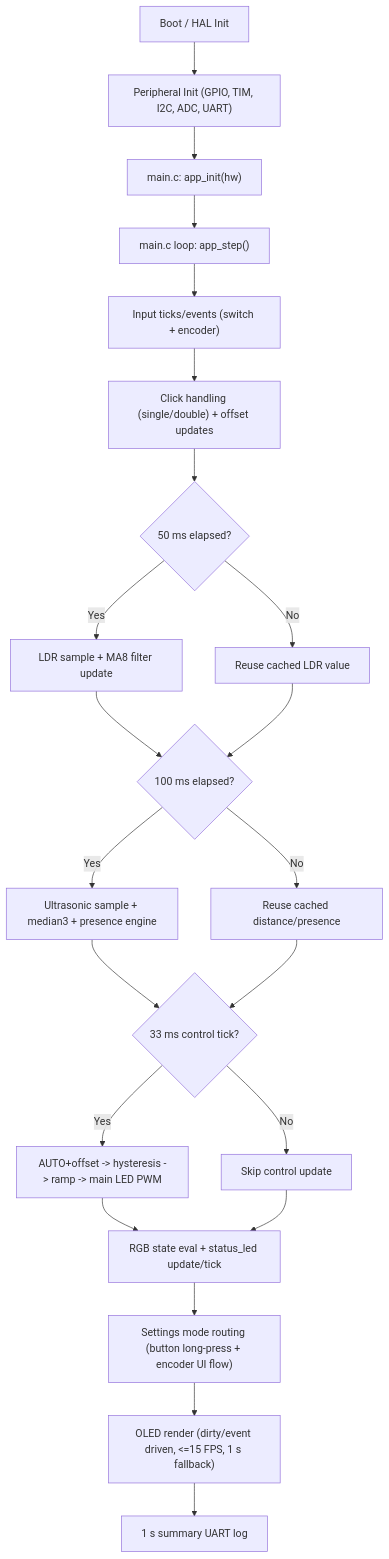
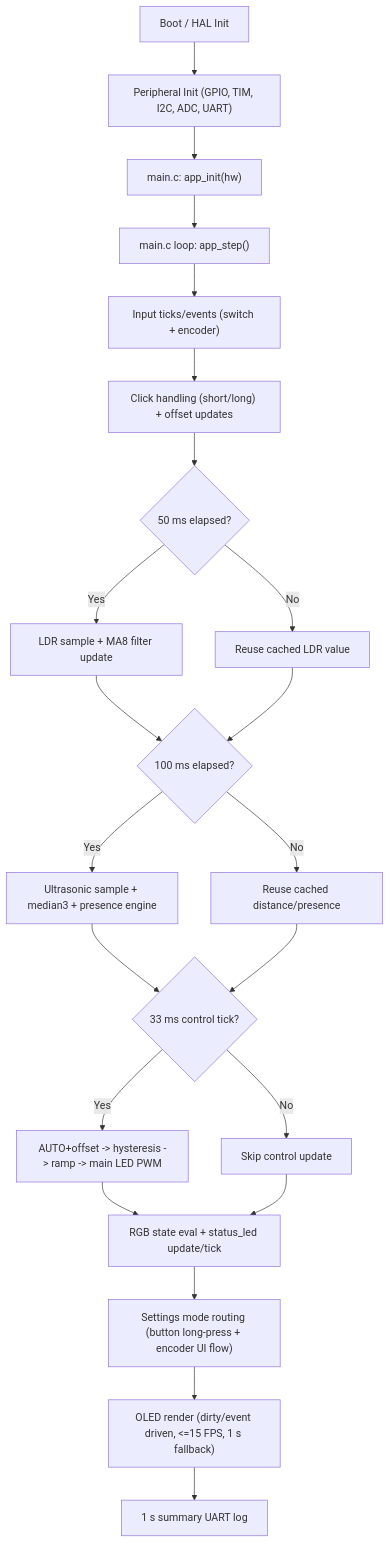
Before and after one commit to RJTPP/S-ADAPT-IoT: the diagram in docs/architecture/Architecture.md, drawn with Mermaid. The commit also changed other lines of this file and 5 other files, not shown here.

Commit message:
docs: update encoder interaction to short and long press

````diff
--- a/docs/architecture/Architecture.md
+++ b/docs/architecture/Architecture.md
@@ -35,24 +35,24 @@
 ```mermaid
 flowchart TD
     A["Boot / HAL Init"] --> B["Peripheral Init (GPIO, TIM, I2C, ADC, UART)"]
     B --> C["main.c: app_init(hw)"]
     C --> D["main.c loop: app_step()"]
     D --> E["Input ticks/events (switch + encoder)"]
-    E --> F["Click handling (single/double) + offset updates"]
+    E --> F["Click handling (short/long) + offset updates"]
     F --> G{"50 ms elapsed?"}
     G -- "Yes" --> H["LDR sample + MA8 filter update"]
     G -- "No" --> I["Reuse cached LDR value"]
     H --> J{"100 ms elapsed?"}
     I --> J
     J -- "Yes" --> K["Ultrasonic sample + median3 + presence engine"]
     J -- "No" --> L["Reuse cached distance/presence"]
     K --> M{"33 ms control tick?"}
     L --> M
     M -- "Yes" --> N["AUTO+offset -> hysteresis -> ramp -> main LED PWM"]
     M -- "No" --> O["Skip control update"]
     N --> P["RGB state eval + status_led update/tick"]
     O --> P
     P --> Q["Settings mode routing (button long-press + encoder UI flow)"]
     Q --> R["OLED render (dirty/event driven, <=15 FPS, 1 s fallback)"]
     R --> S["1 s summary UART log"]
 ```
````
